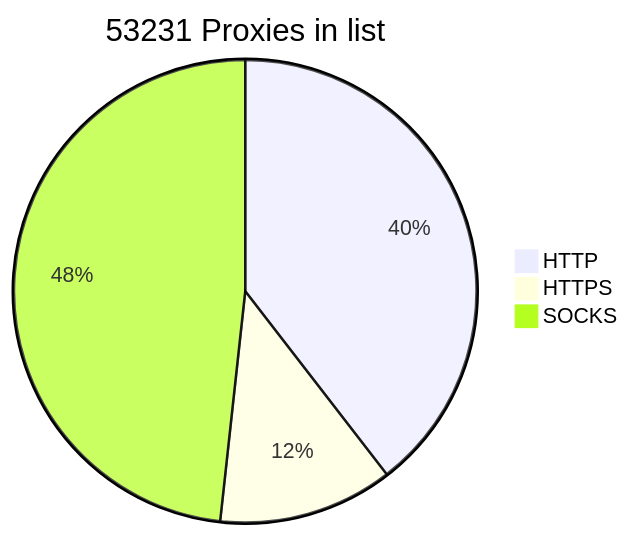
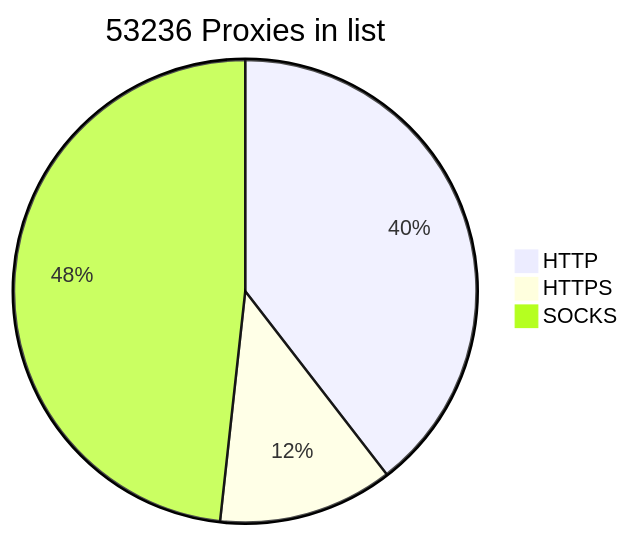
One commit to BlackSnowDot/proxylist-update-every-minute changed the diagram in README.md. Above: the diagram before and after it, drawn with Mermaid.

````diff
--- a/README.md
+++ b/README.md
@@ -2,6 +2,6 @@
 ```mermaid
-pie title 53231 Proxies in list
-    "HTTP" : 23501
-    "HTTPS": 7256
+pie title 53236 Proxies in list
+    "HTTP" : 23505
+    "HTTPS": 7260
     "SOCKS" : 28698
 ```
````
